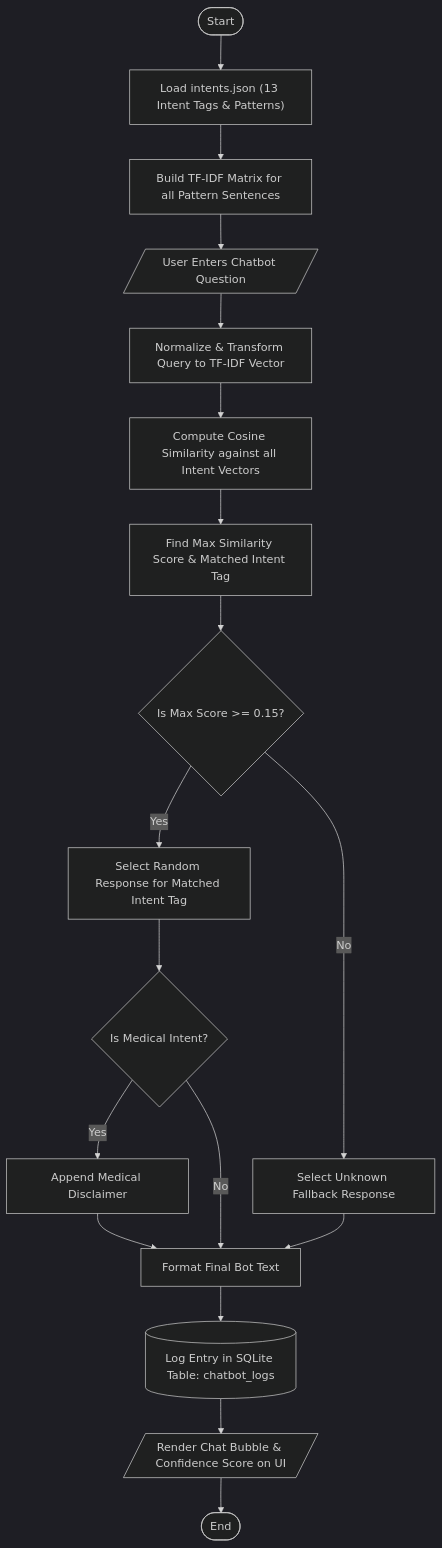
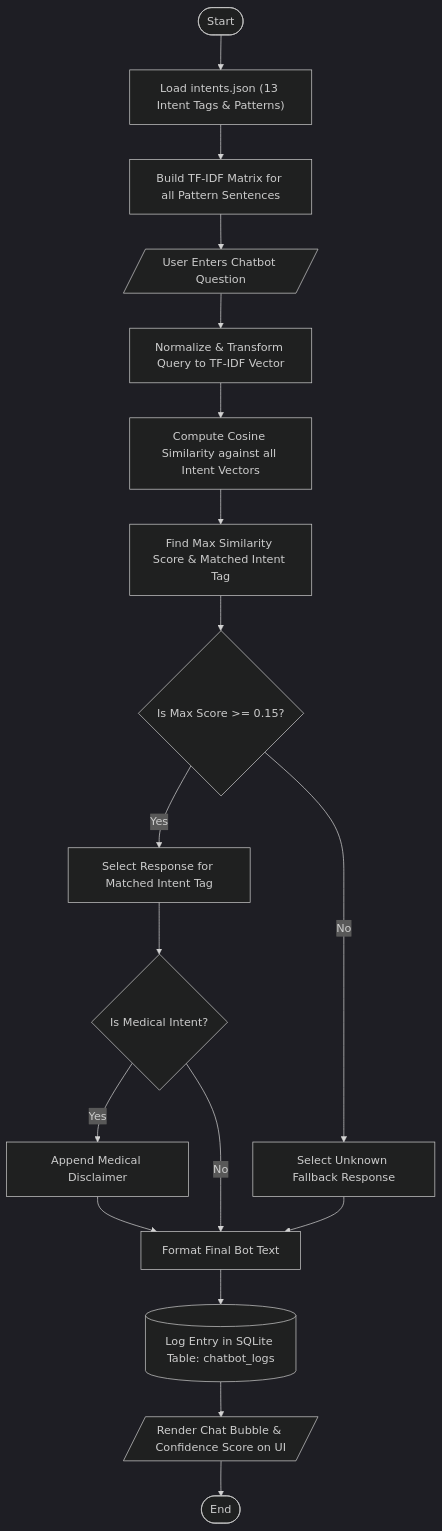
The fifth of 8 diagrams in SYSTEM_DIAGRAMS.md (vishwapradhan23/MedIntel-AI), drawn with Mermaid (dark theme) before and after one commit. The commit also changed other lines of this file and 28 other files, not shown here.

````diff
--- a/SYSTEM_DIAGRAMS.md
+++ b/SYSTEM_DIAGRAMS.md
@@ -104,20 +150,20 @@
 ```mermaid
 flowchart TD
     Start([Start]) --> LoadIntents["Load intents.json (13 Intent Tags & Patterns)"]
     LoadIntents --> VectorizePatterns["Build TF-IDF Matrix for all Pattern Sentences"]
     VectorizePatterns --> UserQuery[/User Enters Chatbot Question/]
     UserQuery --> CleanQuery["Normalize & Transform Query to TF-IDF Vector"]
     CleanQuery --> CosineMatch["Compute Cosine Similarity against all Intent Vectors"]
     CosineMatch --> FindMax["Find Max Similarity Score & Matched Intent Tag"]
     FindMax --> ThresholdCheck{"Is Max Score >= 0.15?"}
-    ThresholdCheck -- Yes --> SelectResponse["Select Random Response for Matched Intent Tag"]
+    ThresholdCheck -- Yes --> SelectResponse["Select Response for Matched Intent Tag"]
     ThresholdCheck -- No --> SelectFallback["Select Unknown Fallback Response"]
     SelectResponse --> MedicalCheck{"Is Medical Intent?"}
     MedicalCheck -- Yes --> AppendDisclaimer["Append Medical Disclaimer"]
     MedicalCheck -- No --> FormatOutput["Format Final Bot Text"]
     SelectFallback --> FormatOutput
     AppendDisclaimer --> FormatOutput
     FormatOutput --> LogChat[(Log Entry in SQLite Table: chatbot_logs)]
     LogChat --> RenderBubble[/Render Chat Bubble & Confidence Score on UI/]
     RenderBubble --> End([End])
 ```
````
